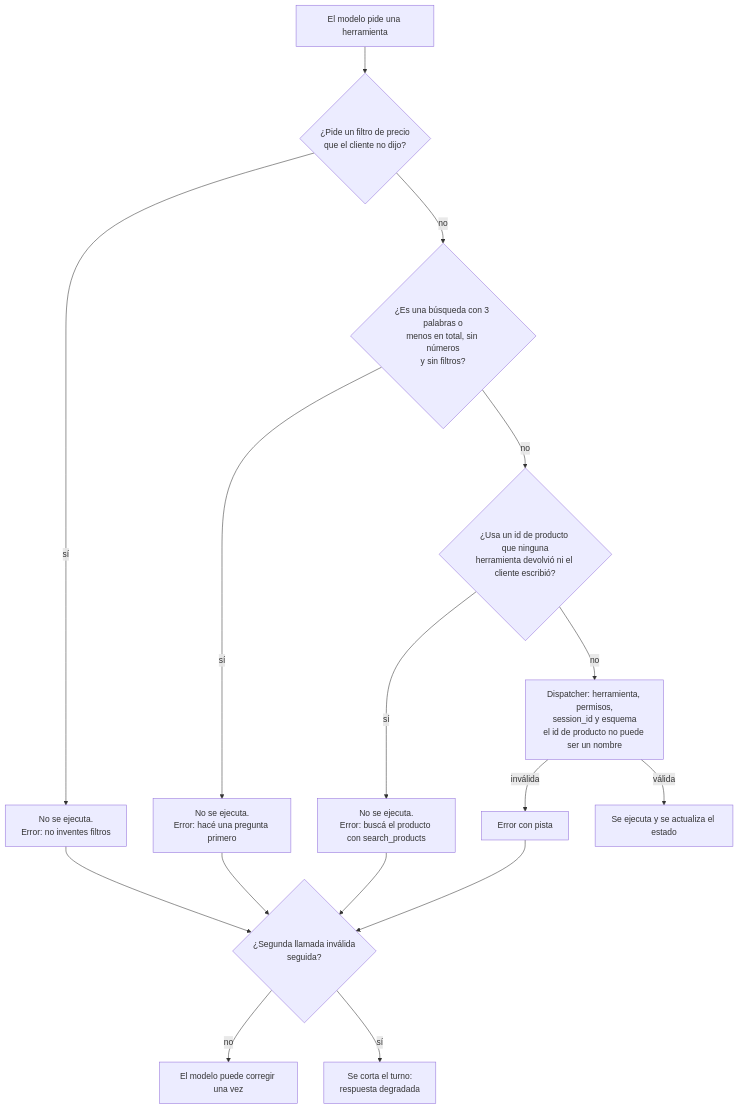
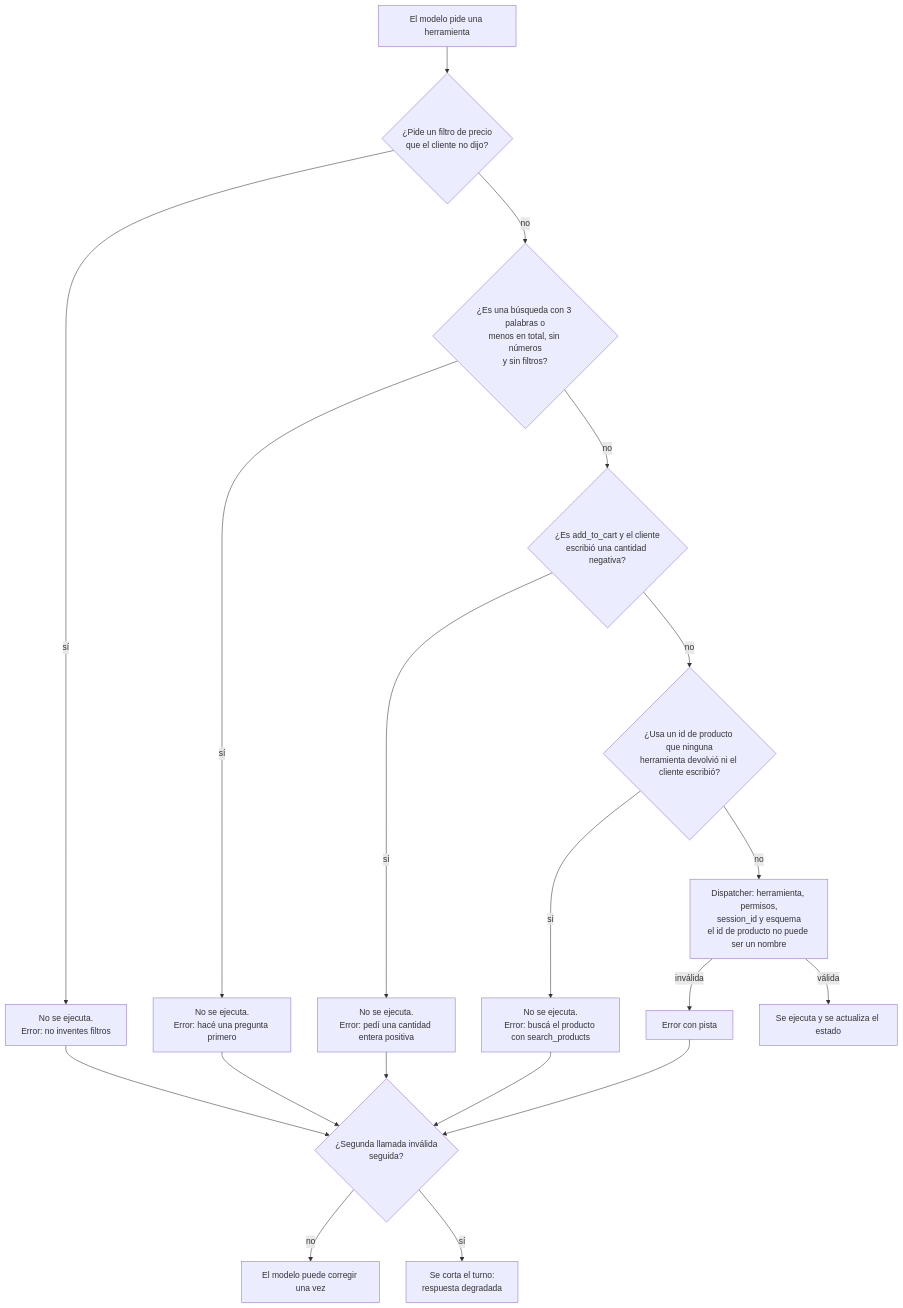
The second of 4 diagrams in docs/diagrams/agent-flow.md (Saikus08/mercanova-ai-assistant), drawn with Mermaid before and after one commit. The commit also changed other lines of this file and 4 other files, not shown here.

````diff
--- a/docs/diagrams/agent-flow.md
+++ b/docs/diagrams/agent-flow.md
@@ -43,18 +45,21 @@
 ```mermaid
 flowchart TD
     A[El modelo pide una herramienta] --> B{¿Pide un filtro de precio<br/>que el cliente no dijo?}
     B -- sí --> X1[No se ejecuta.<br/>Error: no inventes filtros]
     B -- no --> C{¿Es una búsqueda con 3 palabras o<br/>menos en total, sin números<br/>y sin filtros?}
     C -- sí --> X2[No se ejecuta.<br/>Error: hacé una pregunta primero]
-    C -- no --> C2{¿Usa un id de producto que ninguna<br/>herramienta devolvió ni el cliente escribió?}
+    C -- no --> C3{¿Es add_to_cart y el cliente<br/>escribió una cantidad negativa?}
+    C3 -- sí --> X5[No se ejecuta.<br/>Error: pedí una cantidad entera positiva]
+    C3 -- no --> C2{¿Usa un id de producto que ninguna<br/>herramienta devolvió ni el cliente escribió?}
     C2 -- sí --> X4[No se ejecuta.<br/>Error: buscá el producto con search_products]
     C2 -- no --> D[Dispatcher: herramienta, permisos,<br/>session_id y esquema<br/>el id de producto no puede ser un nombre]
     D -- inválida --> X3[Error con pista]
     D -- válida --> E[Se ejecuta y se actualiza el estado]
     X1 --> R{¿Segunda llamada inválida<br/>seguida?}
     X2 --> R
     X3 --> R
     X4 --> R
+    X5 --> R
     R -- no --> S[El modelo puede corregir una vez]
     R -- sí --> T[Se corta el turno:<br/>respuesta degradada]
 ```
````
